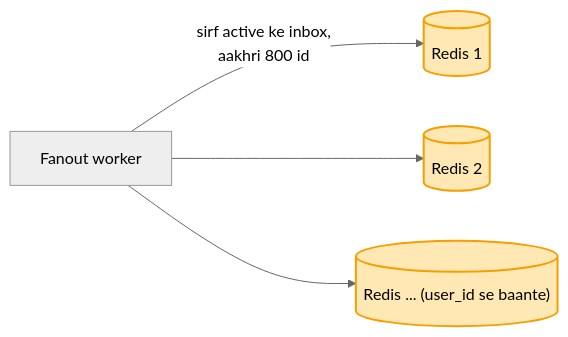
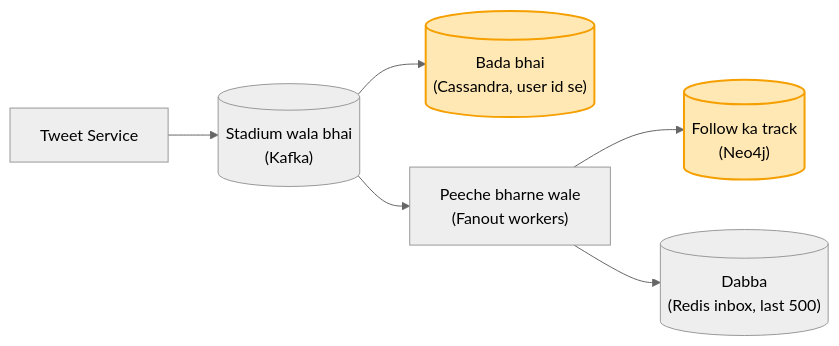
Before and after one commit to ArpanMaheshwari144/Prep: the second of 3 diagrams in 04_HLD/SYSTEM_DESIGNS/03_twitter_feed/03_twitter_feed.md, drawn with Mermaid (neutral theme). The commit also changed other lines of this file and 13 other files, not shown here.

````diff
--- a/04_HLD/SYSTEM_DESIGNS/03_twitter_feed/03_twitter_feed.md
+++ b/04_HLD/SYSTEM_DESIGNS/03_twitter_feed/03_twitter_feed.md
@@ -265,9 +107,10 @@
 ```mermaid
 flowchart LR
-    FW["Fanout worker"] -- "sirf active ke inbox,<br/>aakhri 800 id" --> R1[("Redis 1")]
-    FW --> R2[("Redis 2")]
-    FW --> R3[("Redis ... (user_id se baante)")]
-    style R1 fill:#ffe8b3,stroke:#f59f00,stroke-width:2px,color:#000
-    style R2 fill:#ffe8b3,stroke:#f59f00,stroke-width:2px,color:#000
-    style R3 fill:#ffe8b3,stroke:#f59f00,stroke-width:2px,color:#000
+    TS["Tweet Service"] --> K[("Stadium wala bhai<br/>(Kafka)")]
+    K --> C[("Bada bhai<br/>(Cassandra, user id se)")]
+    K --> FW["Peeche bharne wale<br/>(Fanout workers)"]
+    FW --> G[("Follow ka track<br/>(Neo4j)")]
+    FW --> IN[("Dabba<br/>(Redis inbox, last 500)")]
+    style C fill:#ffe8b3,stroke:#f59f00,stroke-width:2px,color:#000
+    style G fill:#ffe8b3,stroke:#f59f00,stroke-width:2px,color:#000
 ```
````
